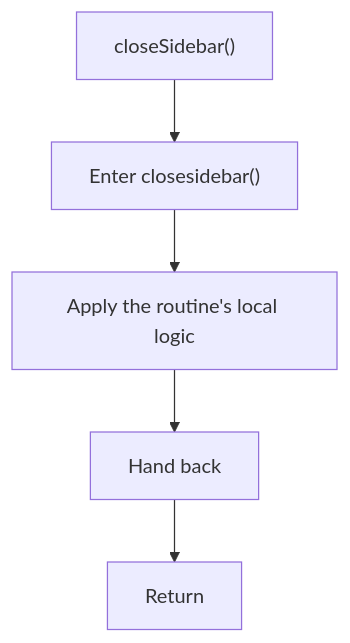
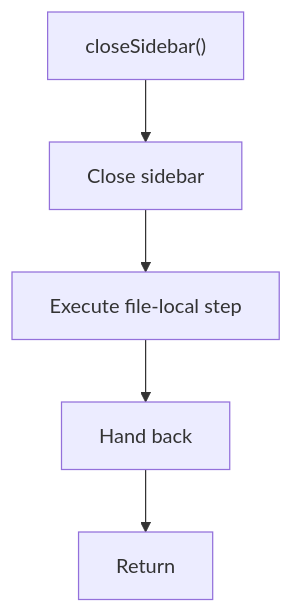
One commit to JohnAndrewBalbarosa/NeoTerritory changed the diagram in docs/Codebase/Frontend/scripts/sidebar/functions/closesidebar.js.md. Above: the diagram before and after it, drawn with Mermaid. The commit also changed other lines of this file and 915 other files, not shown here.

````diff
--- a/docs/Codebase/Frontend/scripts/sidebar/functions/closesidebar.js.md
+++ b/docs/Codebase/Frontend/scripts/sidebar/functions/closesidebar.js.md
@@ -13,12 +13,12 @@
 ```mermaid
 flowchart TD
     Start["closeSidebar()"]
-    N0["Enter closesidebar()"]
-    N1["Apply the routine's local logic"]
+    N0["Close sidebar"]
+    N1["Execute file-local step"]
     N2["Hand back"]
     End["Return"]
     Start --> N0
     N0 --> N1
     N1 --> N2
     N2 --> End
 ```
````
